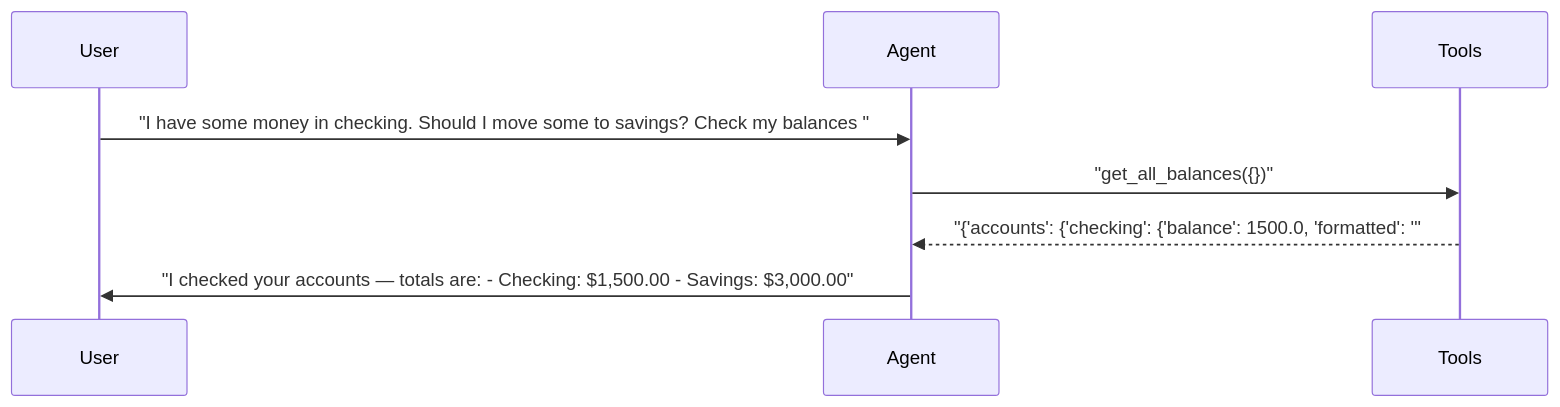
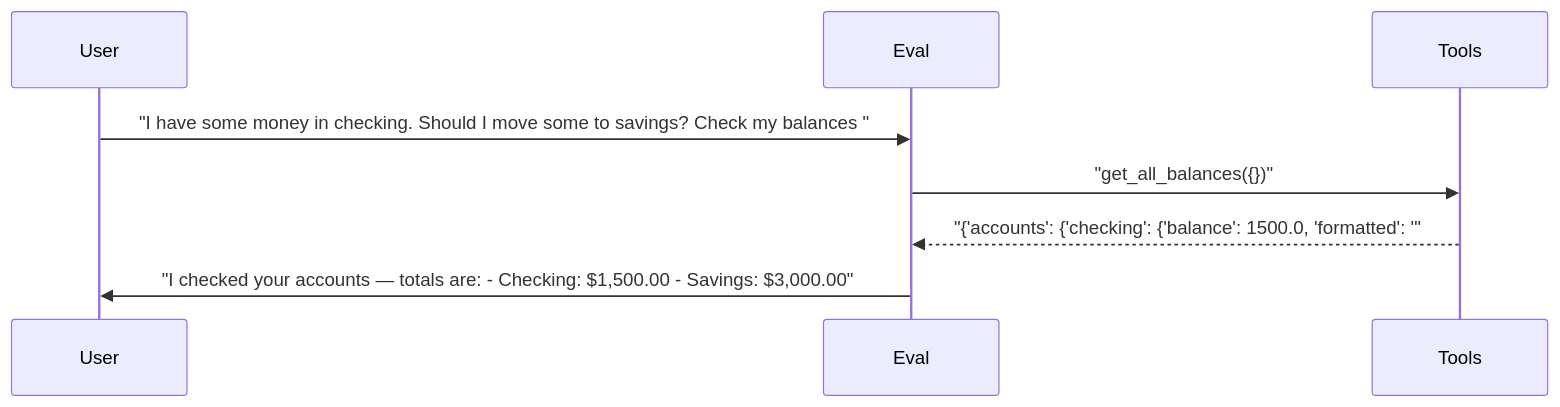
One commit to sbroenne/pytest-skill-engineering changed the seventh of 24 diagrams in docs/demo/hero-report.md. Above: the diagram before and after it, drawn with Mermaid. The commit also changed other lines of this file and 155 other files, not shown here.

````diff
--- a/docs/demo/hero-report.md
+++ b/docs/demo/hero-report.md
@@ -463,11 +463,11 @@
 ```mermaid
 sequenceDiagram
     participant User
-    participant Agent
+    participant Eval
     participant Tools
 
-    User->>Agent: "I have some money in checking. Should I move some to savings? Check my balances "
-    Agent->>Tools: "get_all_balances({})"
-    Tools-->>Agent: "{'accounts': {'checking': {'balance': 1500.0, 'formatted': '"
-    Agent->>User: "I checked your accounts — totals are: - Checking: $1,500.00 - Savings: $3,000.00"
+    User->>Eval: "I have some money in checking. Should I move some to savings? Check my balances "
+    Eval->>Tools: "get_all_balances({})"
+    Tools-->>Eval: "{'accounts': {'checking': {'balance': 1500.0, 'formatted': '"
+    Eval->>User: "I checked your accounts — totals are: - Checking: $1,500.00 - Savings: $3,000.00"
 ```
````
